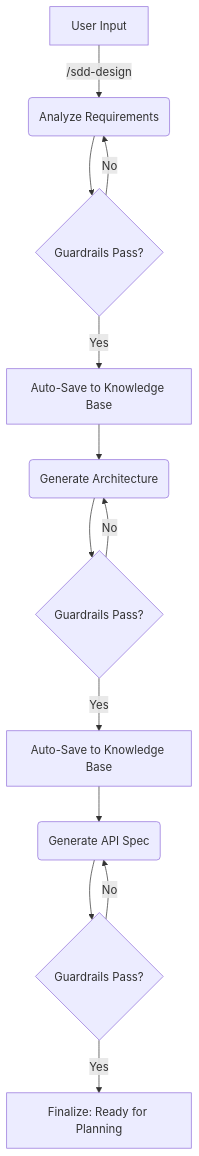
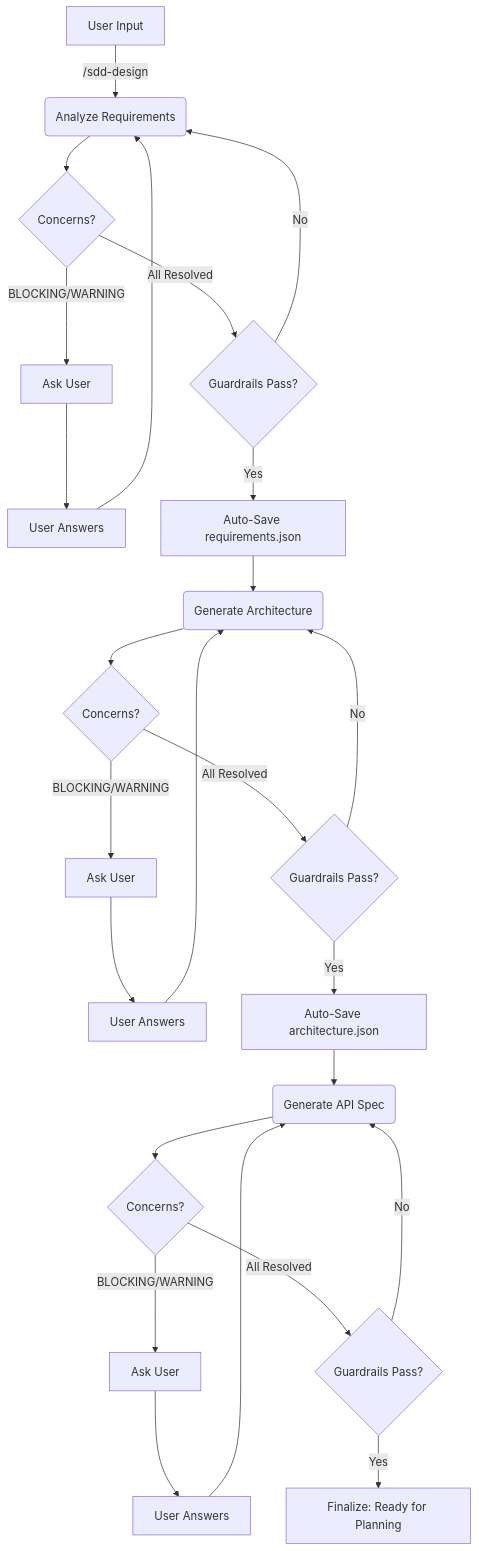
The diagram in skills/sdd-design-engine/SKILL.md (leoheart0125/sdd-skills), drawn with Mermaid before and after one commit. The commit also changed other lines of this file and 21 other files, not shown here.

````diff
--- a/skills/sdd-design-engine/SKILL.md
+++ b/skills/sdd-design-engine/SKILL.md
@@ -60,15 +138,27 @@
 ```mermaid
 graph TD
     A[User Input] -->|/sdd-design| B(Analyze Requirements)
-    B --> C{Guardrails Pass?}
+    B --> B1{Concerns?}
+    B1 -->|BLOCKING/WARNING| B2[Ask User]
+    B2 --> B3[User Answers]
+    B3 --> B
+    B1 -->|All Resolved| C{Guardrails Pass?}
     C -->|No| B
-    C -->|Yes| D[Auto-Save to Knowledge Base]
+    C -->|Yes| D[Auto-Save requirements.json]
     D --> E(Generate Architecture)
-    E --> F{Guardrails Pass?}
+    E --> E1{Concerns?}
+    E1 -->|BLOCKING/WARNING| E2[Ask User]
+    E2 --> E3[User Answers]
+    E3 --> E
+    E1 -->|All Resolved| F{Guardrails Pass?}
     F -->|No| E
-    F -->|Yes| G[Auto-Save to Knowledge Base]
+    F -->|Yes| G[Auto-Save architecture.json]
     G --> H(Generate API Spec)
-    H --> I{Guardrails Pass?}
+    H --> H1{Concerns?}
+    H1 -->|BLOCKING/WARNING| H2[Ask User]
+    H2 --> H3[User Answers]
+    H3 --> H
+    H1 -->|All Resolved| I{Guardrails Pass?}
     I -->|No| H
     I -->|Yes| J[Finalize: Ready for Planning]
 ```
````
